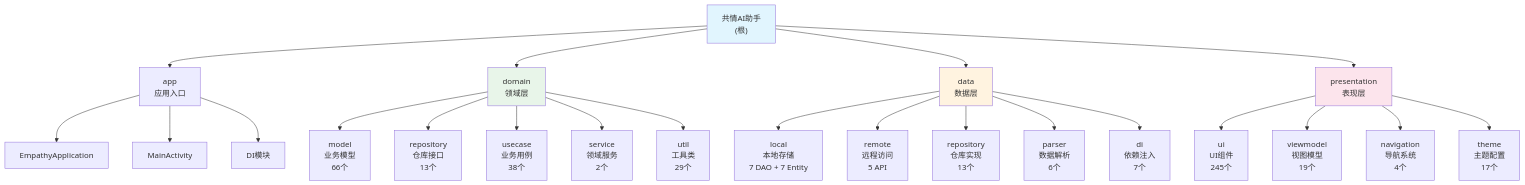
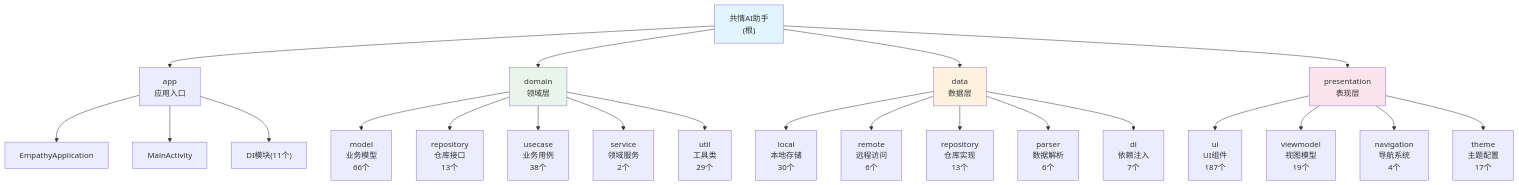
The diagram in CLAUDE.md (ZeroPointSix/empathize-with-others), drawn with Mermaid before and after one commit. The commit also changed other lines of this file and 7 other files, not shown here.

````diff
--- a/CLAUDE.md
+++ b/CLAUDE.md
@@ -81,38 +81,38 @@
 ```mermaid
 graph TD
     A["共情AI助手<br/>(根)"] --> B["app<br/>应用入口"]
     A --> C["domain<br/>领域层"]
     A --> D["data<br/>数据层"]
     A --> E["presentation<br/>表现层"]
 
     B --> B1["EmpathyApplication"]
     B --> B2["MainActivity"]
-    B --> B3["DI模块"]
+    B --> B3["DI模块(11个)"]
 
     C --> C1["model<br/>业务模型<br/>66个"]
     C --> C2["repository<br/>仓库接口<br/>13个"]
     C --> C3["usecase<br/>业务用例<br/>38个"]
     C --> C4["service<br/>领域服务<br/>2个"]
     C --> C5["util<br/>工具类<br/>29个"]
 
-    D --> D1["local<br/>本地存储<br/>7 DAO + 7 Entity"]
-    D --> D2["remote<br/>远程访问<br/>5 API"]
+    D --> D1["local<br/>本地存储<br/>30个"]
+    D --> D2["remote<br/>远程访问<br/>6个"]
     D --> D3["repository<br/>仓库实现<br/>13个"]
     D --> D4["parser<br/>数据解析<br/>6个"]
     D --> D5["di<br/>依赖注入<br/>7个"]
 
-    E --> E1["ui<br/>UI组件<br/>245个"]
+    E --> E1["ui<br/>UI组件<br/>187个"]
     E --> E2["viewmodel<br/>视图模型<br/>19个"]
     E --> E3["navigation<br/>导航系统<br/>4个"]
     E --> E4["theme<br/>主题配置<br/>17个"]
 
     style A fill:#e1f5fe
     style C fill:#e8f5e9
     style D fill:#fff3e0
     style E fill:#fce4ec
 
     click C "./domain/CLAUDE.md" "查看 domain 模块文档"
     click D "./data/CLAUDE.md" "查看 data 模块文档"
     click E "./presentation/CLAUDE.md" "查看 presentation 模块文档"
     click B "app/src/main/java/com/empathy/ai/app/CLAUDE.md" "查看 app 模块文档"
 ```
````
